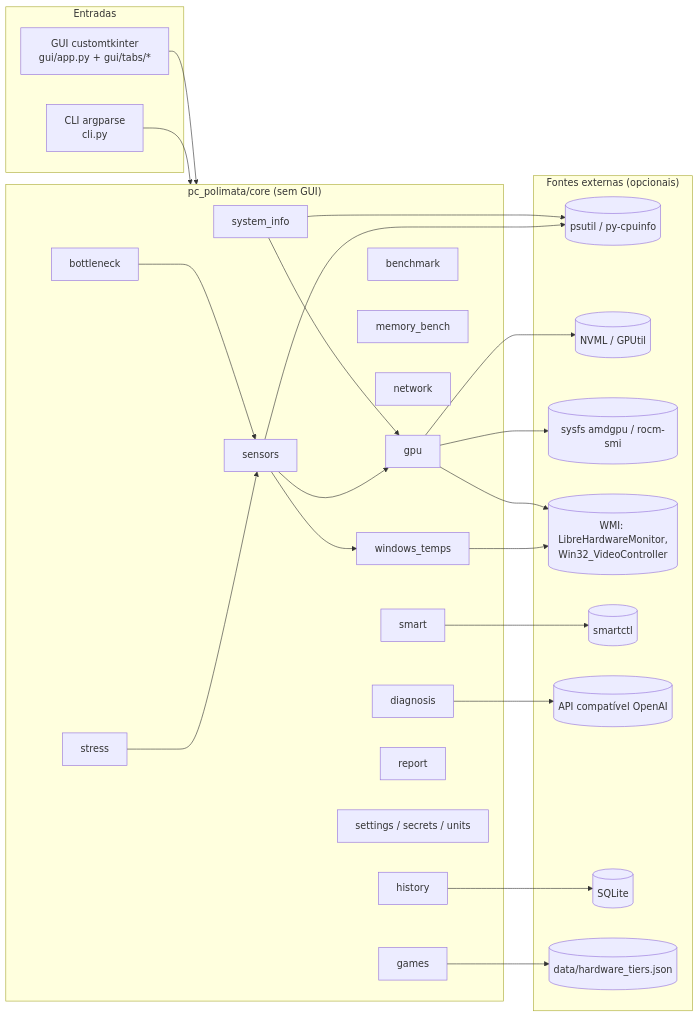
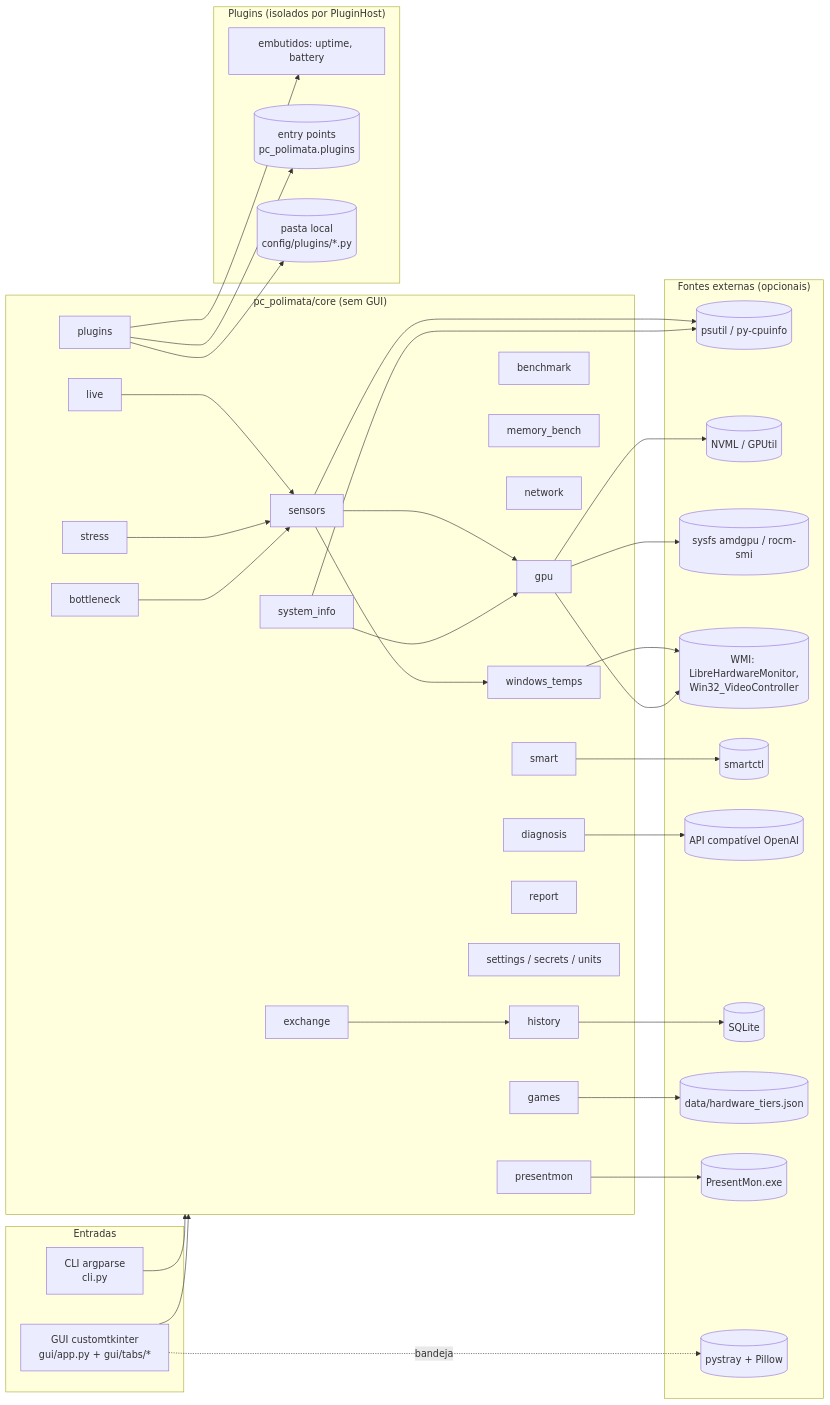
The first of 2 diagrams in docs/ARCHITECTURE.md (ThomasRhoden/pc-polimata), drawn with Mermaid before and after one commit. The commit also changed 21 other files, not shown here.

````diff
--- a/docs/ARCHITECTURE.md
+++ b/docs/ARCHITECTURE.md
@@ -7,49 +7,66 @@
 ```mermaid
 flowchart LR
     subgraph Entradas
         GUI["GUI customtkinter<br/>gui/app.py + gui/tabs/*"]
         CLI["CLI argparse<br/>cli.py"]
     end
 
     subgraph Core["pc_polimata/core (sem GUI)"]
         SI[system_info]
         SE[sensors]
         GPU[gpu]
         WT[windows_temps]
         BM[benchmark]
         MB[memory_bench]
         ST[stress]
         BN[bottleneck]
         NET[network]
         SM[smart]
         GA[games]
         DG[diagnosis]
         HI[history]
         RP[report]
         CFG[settings / secrets / units]
+        PL[plugins]
+        PM[presentmon]
+        EX[exchange]
+        LV[live]
+    end
+
+    subgraph Plugins["Plugins (isolados por PluginHost)"]
+        BI[embutidos: uptime, battery]
+        EP[(entry points<br/>pc_polimata.plugins)]
+        LF[(pasta local<br/>config/plugins/*.py)]
     end
 
     subgraph Externos["Fontes externas (opcionais)"]
         PS[(psutil / py-cpuinfo)]
         NV[(NVML / GPUtil)]
         SYS[(sysfs amdgpu / rocm-smi)]
         WMI[(WMI: LibreHardwareMonitor,<br/>Win32_VideoController)]
         SC[(smartctl)]
         LLM[(API compatível OpenAI)]
         DB[(SQLite)]
         TIERS[(data/hardware_tiers.json)]
+        PMX[(PresentMon.exe)]
+        TRAY[(pystray + Pillow)]
     end
 
     GUI --> Core
     CLI --> Core
     SI --> PS & GPU
     SE --> PS & GPU & WT
     GPU --> NV & SYS & WMI
     WT --> WMI
     SM --> SC
     DG --> LLM
     HI --> DB
     GA --> TIERS
     BN --> SE
     ST --> SE
+    PL --> BI & EP & LF
+    PM --> PMX
+    EX --> HI
+    GUI -.bandeja.-> TRAY
+    LV --> SE
 ```
````
